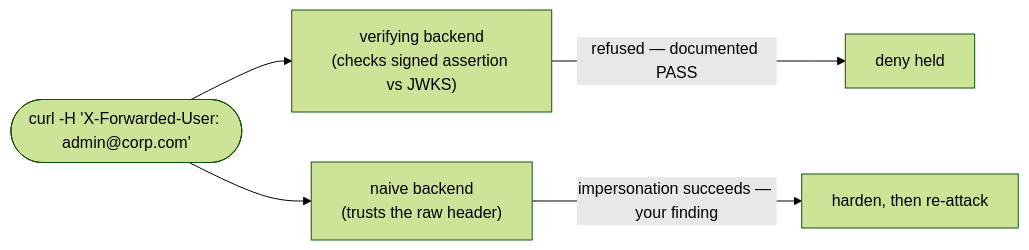
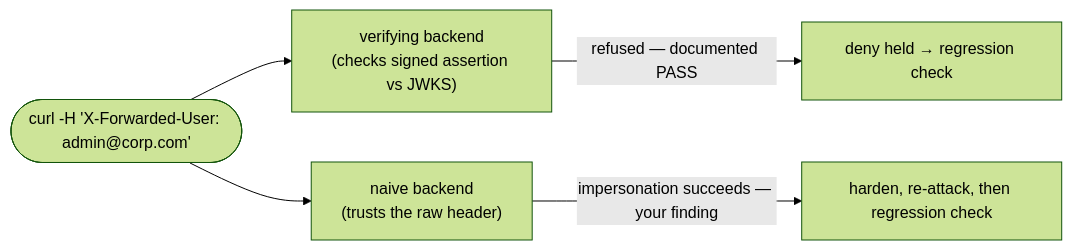
One commit to plaintext-security/plaintext changed the third of 3 diagrams in tracks/11-ztna/modules/11-redteam-zt-deployment/README.md. Above: the diagram before and after it, drawn with Mermaid (forest theme). The commit also changed other lines of this file and 24 other files, not shown here.

````diff
--- a/tracks/11-ztna/modules/11-redteam-zt-deployment/README.md
+++ b/tracks/11-ztna/modules/11-redteam-zt-deployment/README.md
@@ -46,7 +125,7 @@
 ```mermaid
 flowchart LR
     F(["curl -H 'X-Forwarded-User: admin@corp.com'"]) --> V["verifying backend<br/>(checks signed assertion vs JWKS)"]
     F --> N["naive backend<br/>(trusts the raw header)"]
-    V -->|"refused — documented PASS"| OK[deny held]
-    N -->|"impersonation succeeds — your finding"| BAD[harden, then re-attack]
+    V -->|"refused — documented PASS"| OK["deny held → regression check"]
+    N -->|"impersonation succeeds — your finding"| BAD["harden, re-attack, then regression check"]
 ```
````
